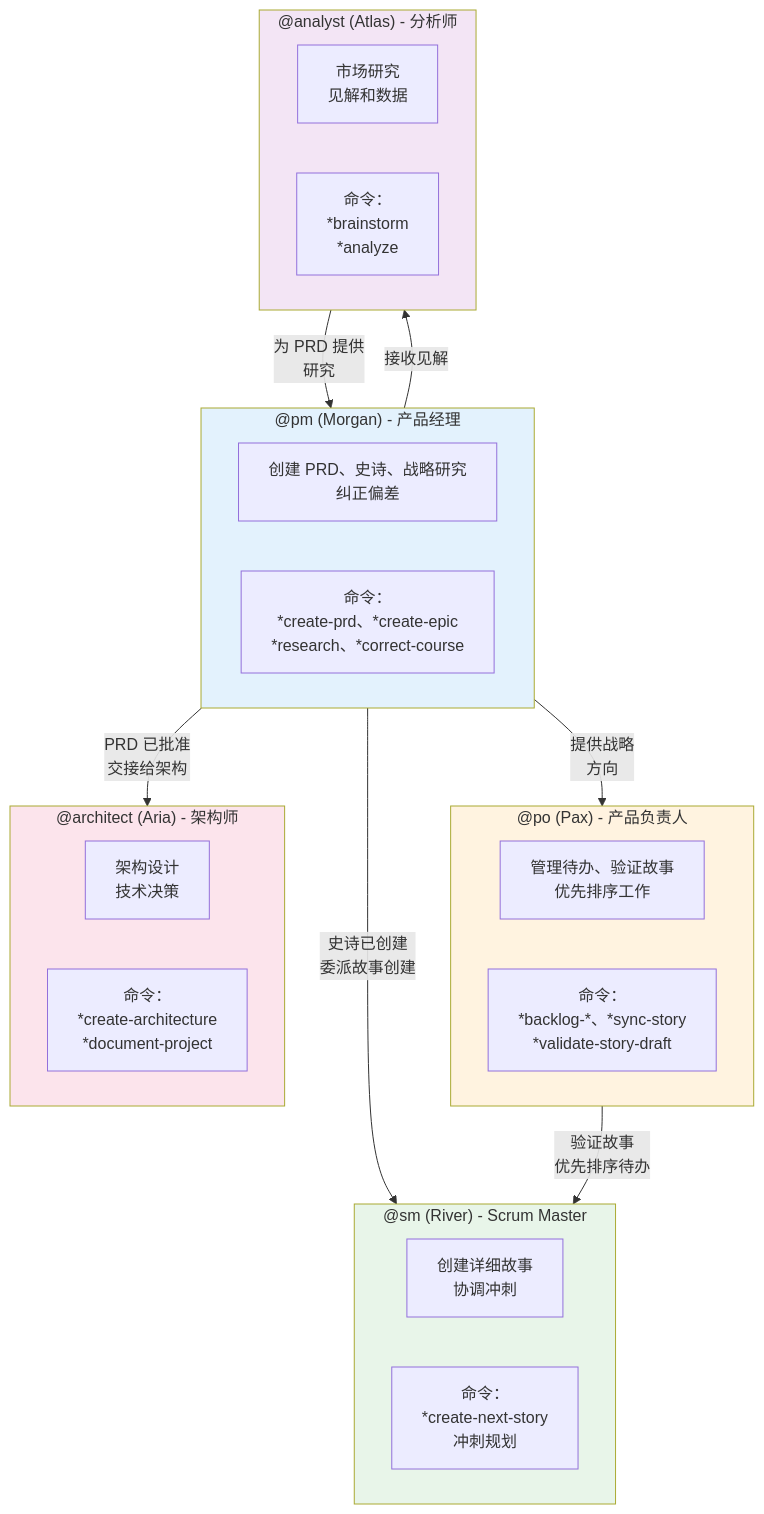
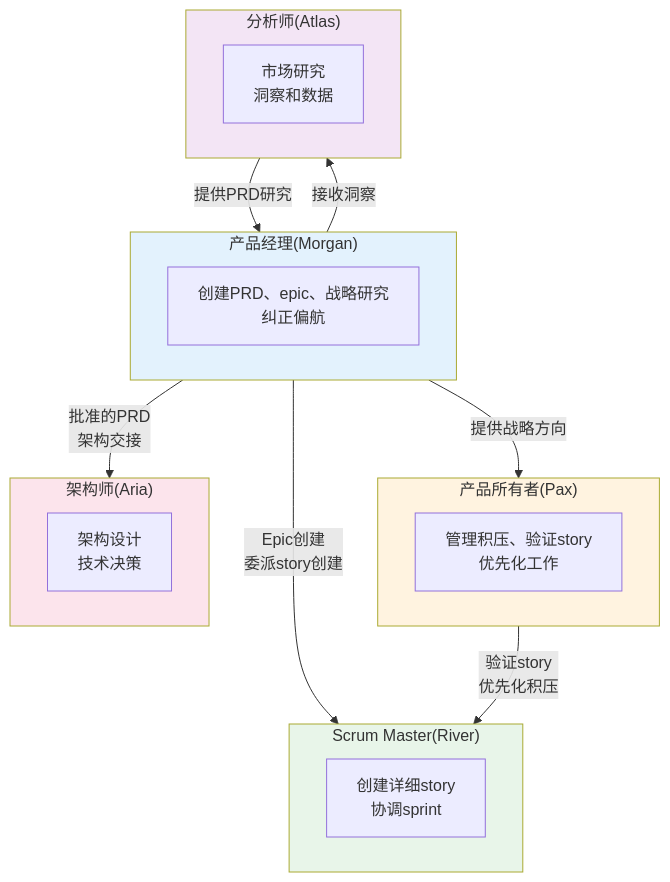
The diagram in docs/zh/aios-agent-flows/pm-system.md (henriquetj159/henriquetj), drawn with Mermaid before and after one commit. The commit also changed other lines of this file and 112 other files, not shown here.

````diff
--- a/docs/zh/aios-agent-flows/pm-system.md
+++ b/docs/zh/aios-agent-flows/pm-system.md
@@ -465,41 +173,36 @@
 ```mermaid
 flowchart TB
-    subgraph PM_BOX["@pm (Morgan) - 产品经理"]
-        PM_DESC["创建 PRD、史诗、战略研究<br/>纠正偏差"]
-        PM_CMDS["命令：<br/>*create-prd、*create-epic<br/>*research、*correct-course"]
+    subgraph PM_BOX["产品经理(Morgan)"]
+        PM_DESC["创建PRD、epic、战略研究<br/>纠正偏航"]
     end
 
-    subgraph PO_BOX["@po (Pax) - 产品负责人"]
-        PO_DESC["管理待办、验证故事<br/>优先排序工作"]
-        PO_CMDS["命令：<br/>*backlog-*、*sync-story<br/>*validate-story-draft"]
+    subgraph PO_BOX["产品所有者(Pax)"]
+        PO_DESC["管理积压、验证story<br/>优先化工作"]
     end
 
-    subgraph SM_BOX["@sm (River) - Scrum Master"]
-        SM_DESC["创建详细故事<br/>协调冲刺"]
-        SM_CMDS["命令：<br/>*create-next-story<br/>冲刺规划"]
+    subgraph SM_BOX["Scrum Master(River)"]
+        SM_DESC["创建详细story<br/>协调sprint"]
     end
 
-    subgraph ARCHITECT_BOX["@architect (Aria) - 架构师"]
+    subgraph ARCHITECT_BOX["架构师(Aria)"]
         ARCH_DESC["架构设计<br/>技术决策"]
-        ARCH_CMDS["命令：<br/>*create-architecture<br/>*document-project"]
     end
 
-    subgraph ANALYST_BOX["@analyst (Atlas) - 分析师"]
-        ANALYST_DESC["市场研究<br/>见解和数据"]
-        ANALYST_CMDS["命令：<br/>*brainstorm<br/>*analyze"]
+    subgraph ANALYST_BOX["分析师(Atlas)"]
+        ANALYST_DESC["市场研究<br/>洞察和数据"]
     end
 
-    PM_BOX -->|"PRD 已批准<br/>交接给架构"| ARCHITECT_BOX
-    PM_BOX -->|"史诗已创建<br/>委派故事创建"| SM_BOX
-    PM_BOX -->|"接收见解"| ANALYST_BOX
-    PM_BOX -->|"提供战略<br/>方向"| PO_BOX
+    PM_BOX -->|"批准的PRD<br/>架构交接"| ARCHITECT_BOX
+    PM_BOX -->|"Epic创建<br/>委派story创建"| SM_BOX
+    PM_BOX -->|"接收洞察"| ANALYST_BOX
+    PM_BOX -->|"提供战略方向"| PO_BOX
 
-    PO_BOX -->|"验证故事<br/>优先排序待办"| SM_BOX
-    ANALYST_BOX -->|"为 PRD 提供<br/>研究"| PM_BOX
+    PO_BOX -->|"验证story<br/>优先化积压"| SM_BOX
+    ANALYST_BOX -->|"提供PRD研究"| PM_BOX
 
     style PM_BOX fill:#e3f2fd
     style PO_BOX fill:#fff3e0
     style SM_BOX fill:#e8f5e9
     style ARCHITECT_BOX fill:#fce4ec
     style ANALYST_BOX fill:#f3e5f5
 ```
````
